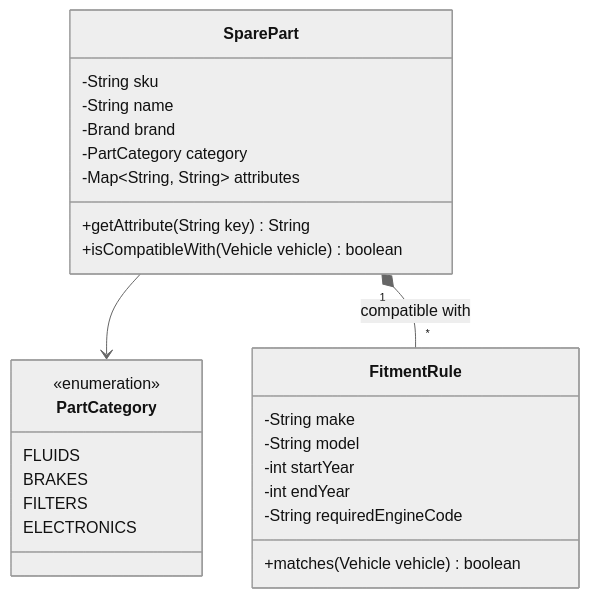
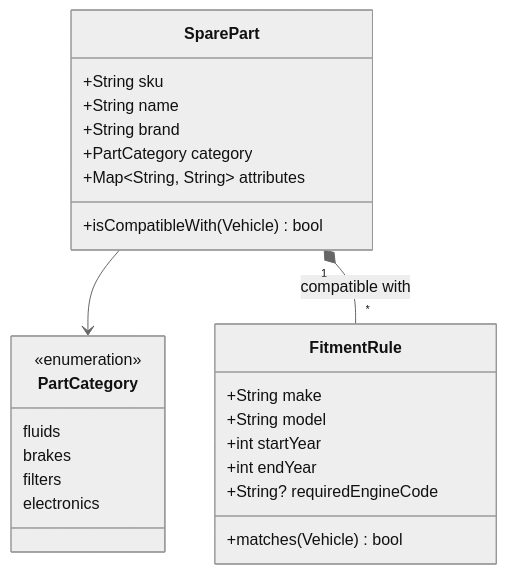
The seventh of 13 diagrams in docs/docs/developer/mobile/app-architecture.md (abrahdev/karter), drawn with Mermaid (neutral theme) before and after one commit. The commit also changed other lines of this file and 3 other files, not shown here.

````diff
--- a/docs/docs/developer/mobile/app-architecture.md
+++ b/docs/docs/developer/mobile/app-architecture.md
@@ -277,32 +254,31 @@
 ```mermaid
 classDiagram
     class SparePart {
-        -String sku
-        -String name
-        -Brand brand
-        -PartCategory category
-        -Map~String, String~ attributes
-        +getAttribute(String key) String
-        +isCompatibleWith(Vehicle vehicle) boolean
+        +String sku
+        +String name
+        +String brand
+        +PartCategory category
+        +Map~String, String~ attributes
+        +isCompatibleWith(Vehicle) bool
     }
 
     class PartCategory {
         <<enumeration>>
-        FLUIDS
-        BRAKES
-        FILTERS
-        ELECTRONICS
+        fluids
+        brakes
+        filters
+        electronics
     }
 
     class FitmentRule {
-        -String make
-        -String model
-        -int startYear
-        -int endYear
-        -String requiredEngineCode
-        +matches(Vehicle vehicle) boolean
+        +String make
+        +String model
+        +int startYear
+        +int endYear
+        +String? requiredEngineCode
+        +matches(Vehicle) bool
     }
 
     SparePart --> PartCategory
     SparePart "1" *-- "*" FitmentRule : compatible with
 ```
````
